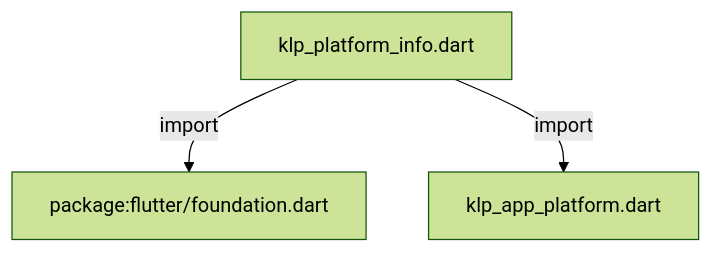
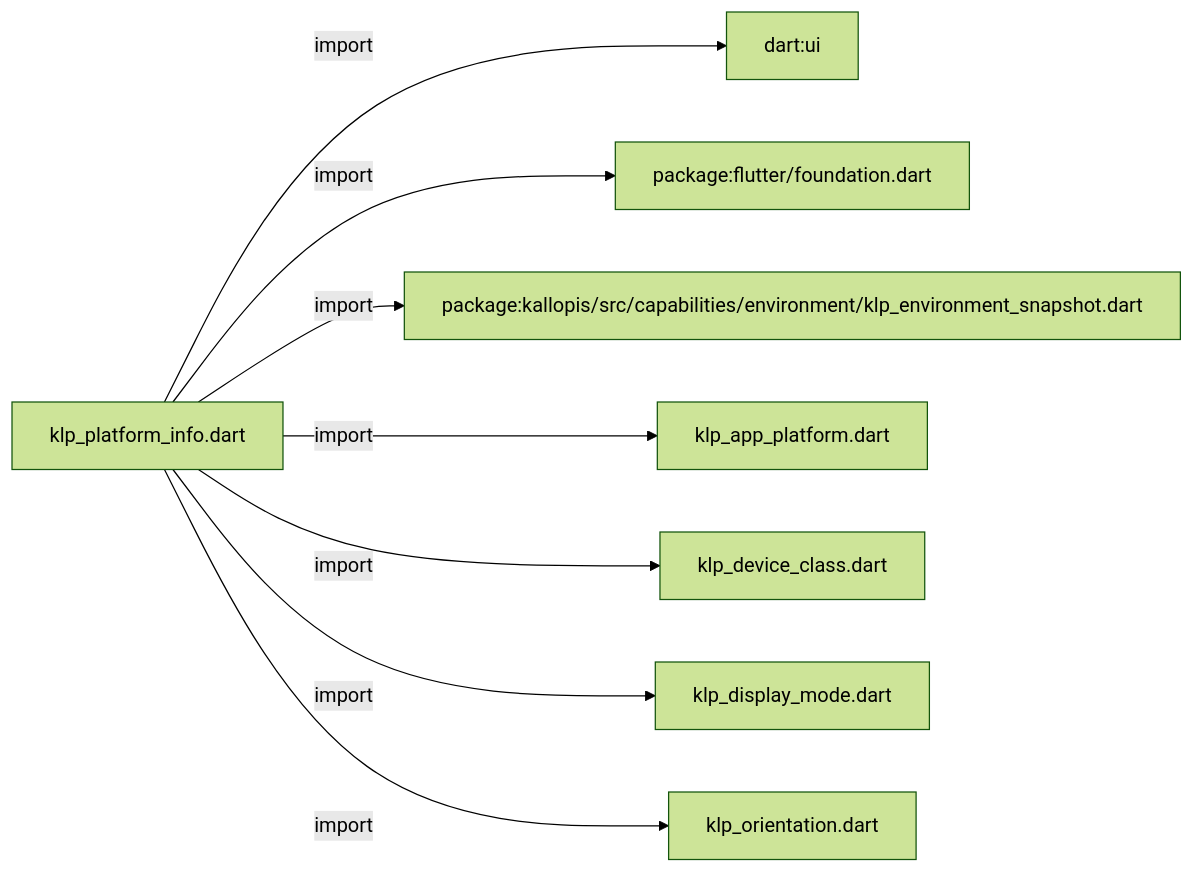
The first of 2 diagrams in docs/architecture/src/foundation/platform/klp_platform_info.md (MiuDog/Kallopis), drawn with Mermaid (forest theme) before and after one commit. The commit also changed other lines of this file and 9688 other files, not shown here.

Commit message:
Prepare isolated Flow F2 peer baseline

````diff
--- a/docs/architecture/src/foundation/platform/klp_platform_info.md
+++ b/docs/architecture/src/foundation/platform/klp_platform_info.md
@@ -11,8 +11,18 @@
 ```mermaid
-flowchart TD
+flowchart LR
 	n0["klp_platform_info.dart"]
-	n1["package:flutter/foundation.dart"]
-	n2["klp_app_platform.dart"]
+	n1["dart:ui"]
+	n2["package:flutter/foundation.dart"]
+	n3["package:kallopis/src/capabilities/environment/klp_environment_snapshot.dart"]
+	n4["klp_app_platform.dart"]
+	n5["klp_device_class.dart"]
+	n6["klp_display_mode.dart"]
+	n7["klp_orientation.dart"]
 	n0 -->|"import"| n1
 	n0 -->|"import"| n2
+	n0 -->|"import"| n3
+	n0 -->|"import"| n4
+	n0 -->|"import"| n5
+	n0 -->|"import"| n6
+	n0 -->|"import"| n7
 ```
````
